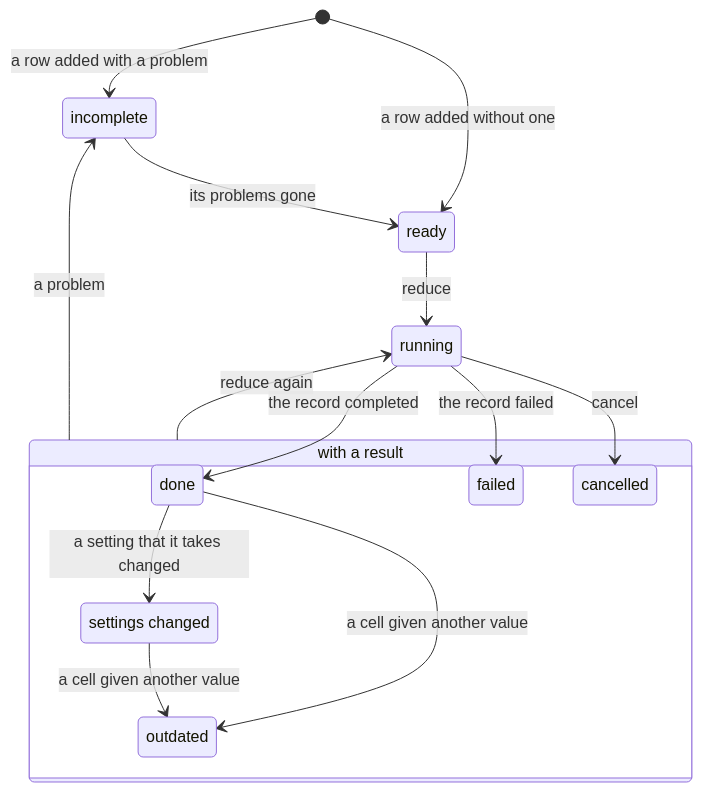
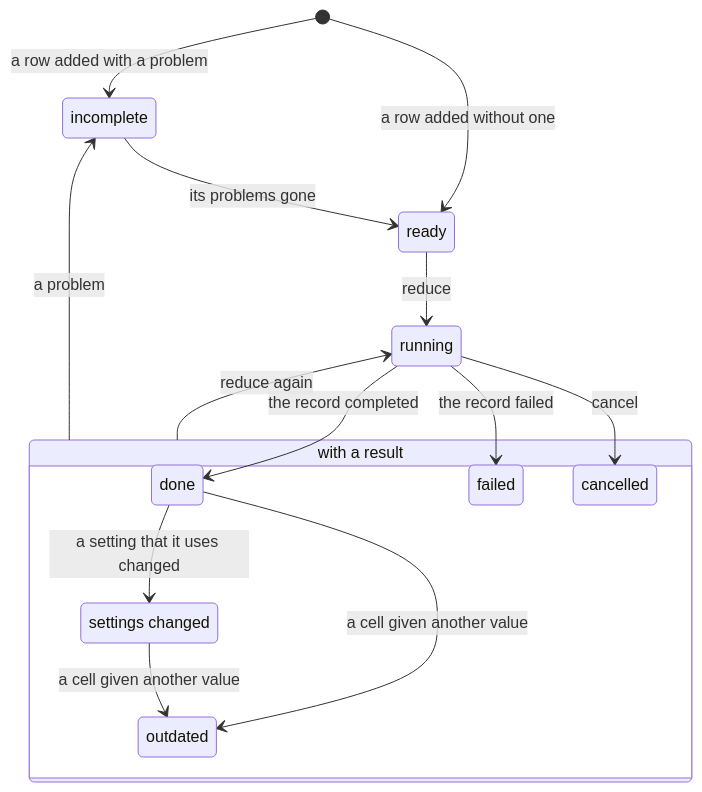
One commit to scipp/essapps changed the third of 5 diagrams in packages/essbatch/docs/batch.md. Above: the diagram before and after it, drawn with Mermaid. The commit also changed other lines of this file and 1 other file, not shown here.

````diff
--- a/packages/essbatch/docs/batch.md
+++ b/packages/essbatch/docs/batch.md
@@ -330,20 +330,20 @@
 ```mermaid
 stateDiagram-v2
     [*] --> incomplete: a row added with a problem
     [*] --> ready: a row added without one
     incomplete --> ready: its problems gone
     ready --> running: reduce
     running --> done: the record completed
     running --> failed: the record failed
     running --> cancelled: cancel
     state "settings changed" as settings_changed
     state "with a result" as result {
-        done --> settings_changed: a setting that it takes changed
+        done --> settings_changed: a setting that it uses changed
         done --> outdated: a cell given another value
         settings_changed --> outdated: a cell given another value
         failed
         cancelled
     }
     result --> running: reduce again
     result --> incomplete: a problem
 ```
````
